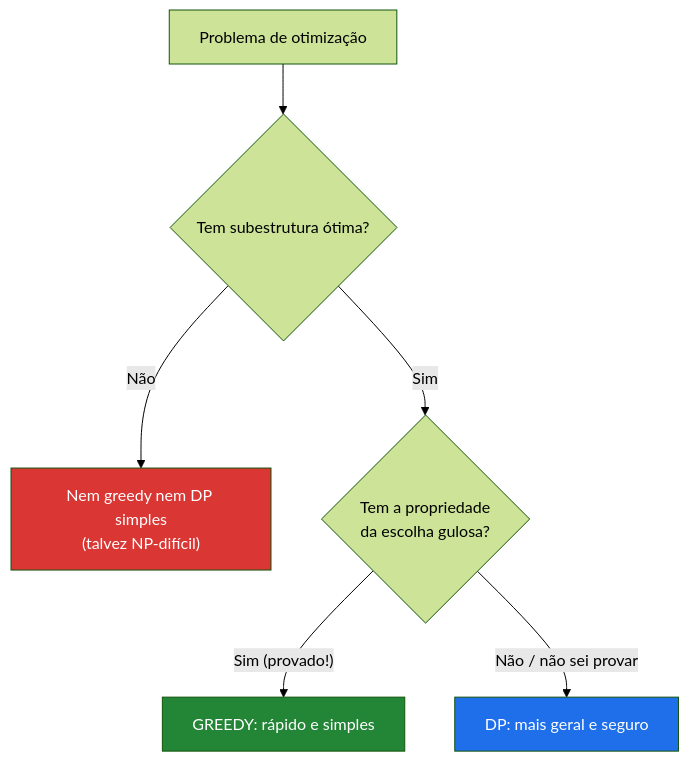
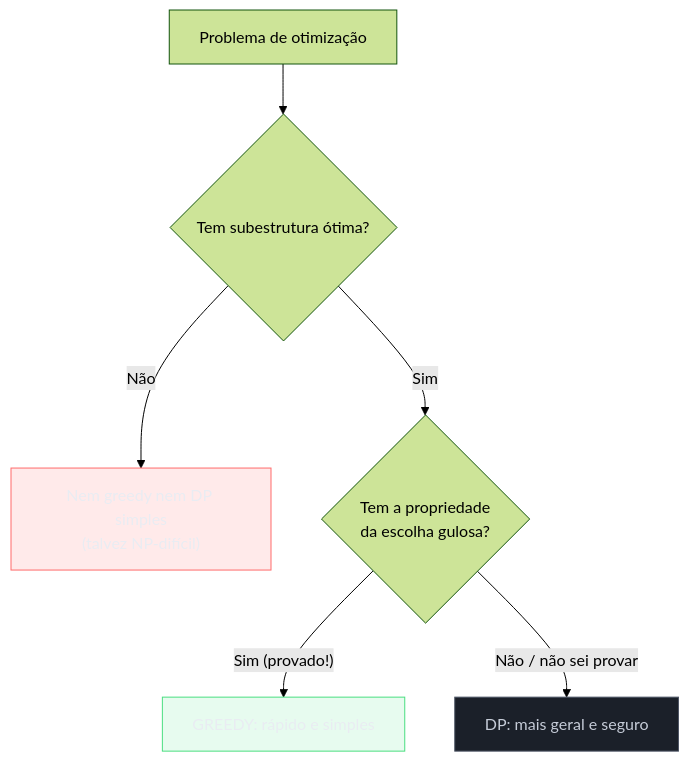
Before and after one commit to josenaldo/codex-technomanticus: the second of 6 diagrams in 03-Dominios/Ciência/Algoritmos/11 - Greedy.md, drawn with Mermaid (forest theme). The commit also changed other lines of this file and 1181 other files, not shown here.

First line of the commit message:
fix(diagramas): paleta do sistema no lugar de cor cravada no markdown

````diff
--- a/03-Dominios/Ciência/Algoritmos/11 - Greedy.md
+++ b/03-Dominios/Ciência/Algoritmos/11 - Greedy.md
@@ -103,11 +105,14 @@
 ```mermaid
 flowchart TD
+    classDef ok fill:#4ADE8021,stroke:#4ADE80,color:#E9ECF2
+    classDef neutro fill:#1B2029,stroke:#4E5666,color:#C6CCD8
+    classDef falha fill:#FF6B6B24,stroke:#FF6B6B,color:#E9ECF2
     Problema["Problema de otimização"] --> SubOtima{"Tem subestrutura ótima?"}
     SubOtima -- Não --> NemUm["Nem greedy nem DP simples<br/>(talvez NP-difícil)"]
     SubOtima -- Sim --> Escolha{"Tem a propriedade<br/>da escolha gulosa?"}
     Escolha -- "Sim (provado!)" --> Greedy["GREEDY: rápido e simples"]
     Escolha -- "Não / não sei provar" --> DP["DP: mais geral e seguro"]
-    style Greedy fill:#238636,color:#fff
-    style DP fill:#1f6feb,color:#fff
-    style NemUm fill:#da3633,color:#fff
+    class Greedy ok
+    class DP neutro
+    class NemUm falha
 ```
````
